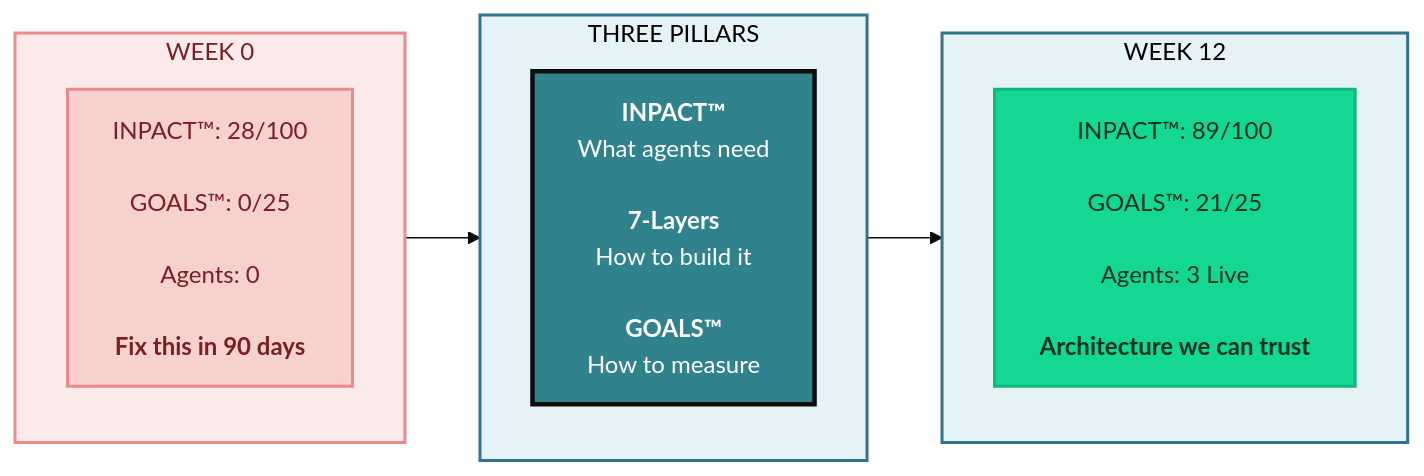
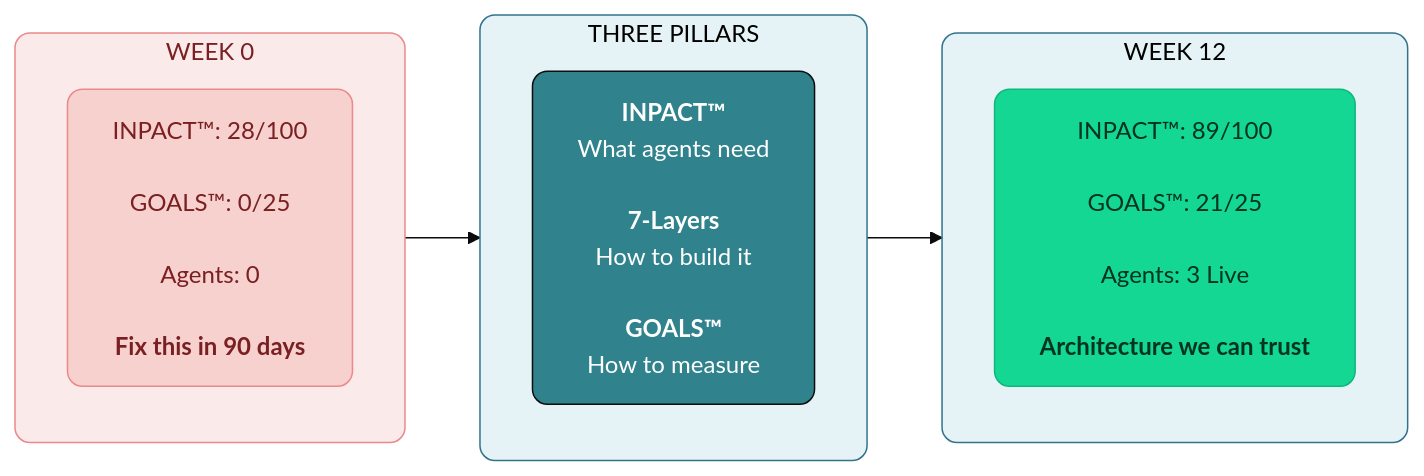
The first of 11 diagrams in manuscript/09_chapter_8_architecture_of_trust_in_action.md (colaberry/trust-before-intelligence-book), drawn with Mermaid (base theme) before and after one commit. The commit also changed other lines of this file and 12 other files, not shown here.

````diff
--- a/manuscript/09_chapter_8_architecture_of_trust_in_action.md
+++ b/manuscript/09_chapter_8_architecture_of_trust_in_action.md
@@ -7,28 +7,28 @@
 ```mermaid
 
 graph LR
     subgraph BEFORE["WEEK 0"]
         direction TB
         B1["INPACT™: 28/100<br/><br/>GOALS™: 0/25<br/><br/>Agents: 0<br/><br/><b>Fix this in 90 days</b>"]
     end
     
     subgraph PILLARS["THREE PILLARS"]
         direction TB
         P1["<b>INPACT™</b><br/>What agents need<br/><br/><b>7-Layers</b><br/>How to build it<br/><br/><b>GOALS™</b><br/>How to measure"]
     end
     
     subgraph AFTER["WEEK 12"]
         direction TB
         A1["INPACT™: 89/100<br/><br/>GOALS™: 21/25<br/><br/>Agents: 3 Live<br/><br/><b>Architecture we can trust</b>"]
     end
     
     BEFORE --> PILLARS --> AFTER
     
-    style BEFORE fill:#FBEAEA,stroke:#EB898B,stroke-width:2px,color:#7A1F22
-    style PILLARS fill:#E6F3F6,stroke:#32738C,stroke-width:2px,color:#000000
-    style AFTER fill:#E6F3F6,stroke:#32738C,stroke-width:2px,color:#000000
-    style B1 fill:#F6D1CE,stroke:#EB898B,stroke-width:2px,color:#7A1F22
-    style P1 fill:#30838C,stroke:#0D0D0D,stroke-width:3px,color:#ffffff
-    style A1 fill:#14D793,stroke:#0FB67D,stroke-width:2px,color:#003322
+    style BEFORE fill:#FBEAEA,stroke:#EB898B,stroke-width:1px,color:#7A1F22,rx:10,ry:10
+    style PILLARS fill:#E6F3F6,stroke:#32738C,stroke-width:1px,color:#000000,rx:10,ry:10
+    style AFTER fill:#E6F3F6,stroke:#32738C,stroke-width:1px,color:#000000,rx:10,ry:10
+    style B1 fill:#F6D1CE,stroke:#EB898B,stroke-width:1px,color:#7A1F22,rx:10,ry:10
+    style P1 fill:#30838C,stroke:#0D0D0D,stroke-width:1px,color:#ffffff,rx:10,ry:10
+    style A1 fill:#14D793,stroke:#0FB67D,stroke-width:1px,color:#003322,rx:10,ry:10
 
 ```
````
